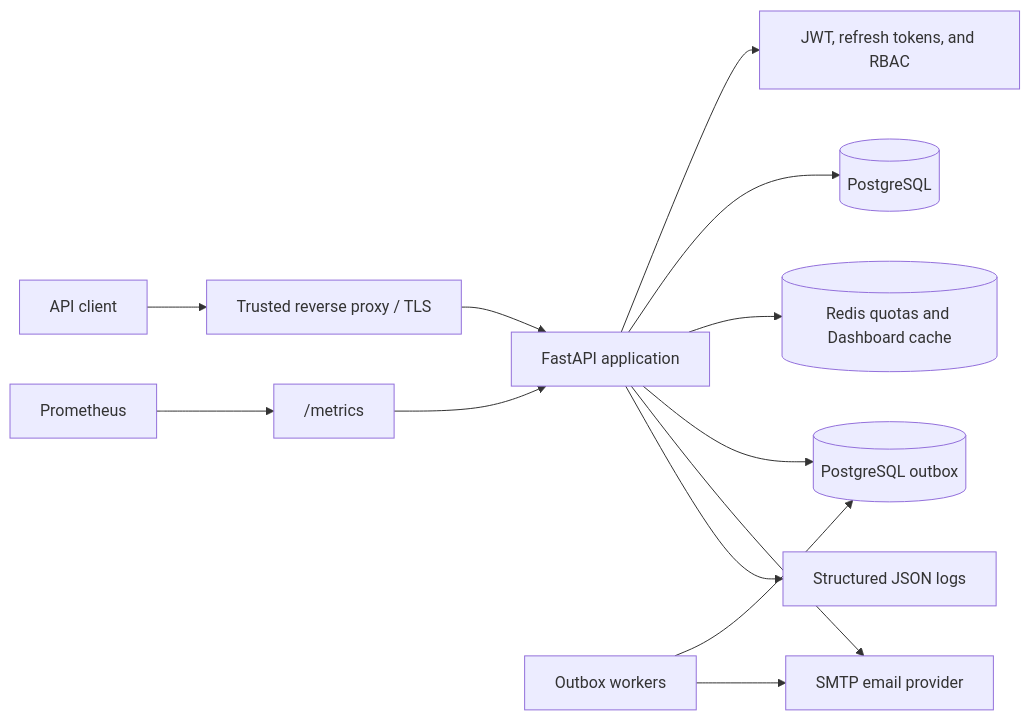
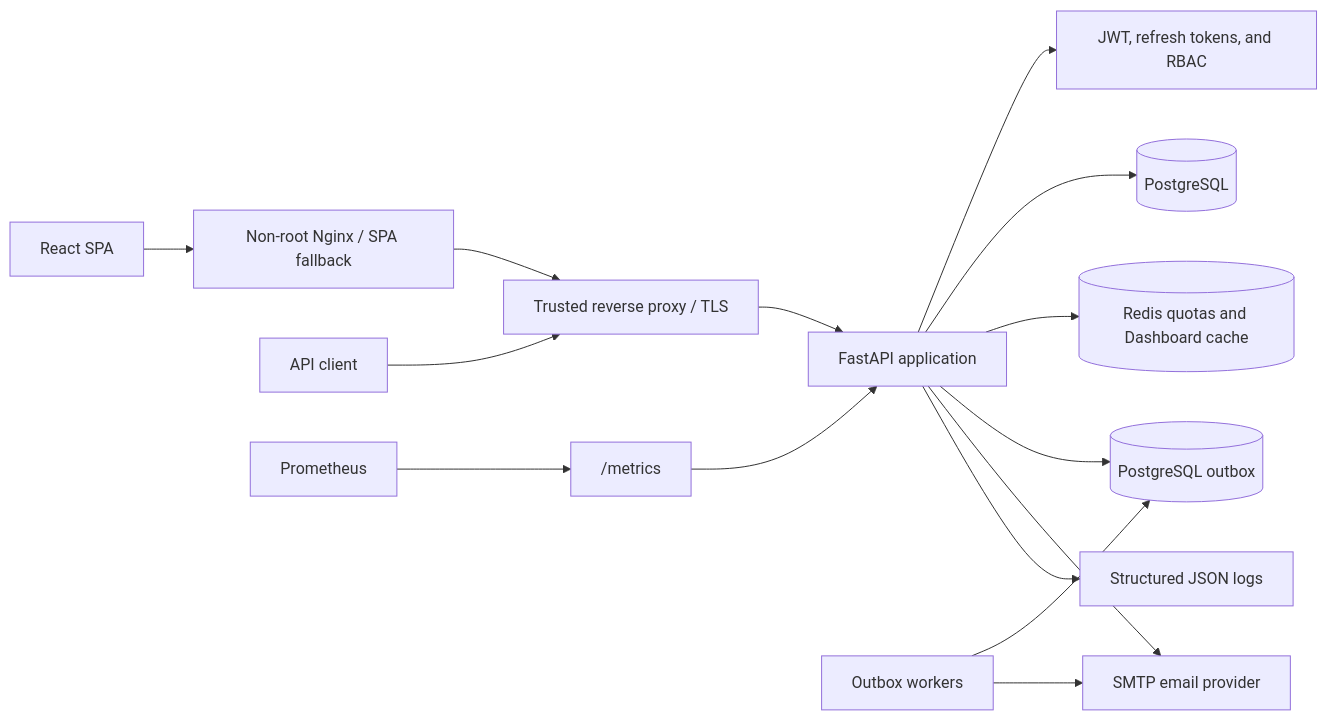
Before and after one commit to nkuers/jobtrack-api: the first of 4 diagrams in ARCHITECTURE.md, drawn with Mermaid. The commit also changed other lines of this file and 95 other files, not shown here.

````diff
--- a/ARCHITECTURE.md
+++ b/ARCHITECTURE.md
@@ -9,15 +9,17 @@
 ```mermaid
 flowchart LR
-    Client["API client"] --> Proxy["Trusted reverse proxy / TLS"]
+    Browser["React SPA"] --> Web["Non-root Nginx / SPA fallback"]
+    APIClient["API client"] --> Proxy["Trusted reverse proxy / TLS"]
+    Web --> Proxy
     Proxy --> App["FastAPI application"]
     App --> Auth["JWT, refresh tokens, and RBAC"]
     App --> DB[("PostgreSQL")]
     App --> Redis[("Redis quotas and Dashboard cache")]
     App --> Outbox[("PostgreSQL outbox")]
     Worker["Outbox workers"] --> Outbox
     Worker --> SMTP
     App --> SMTP["SMTP email provider"]
     App --> Logs["Structured JSON logs"]
     Prometheus["Prometheus"] --> Metrics["/metrics"]
     Metrics --> App
 ```
````
